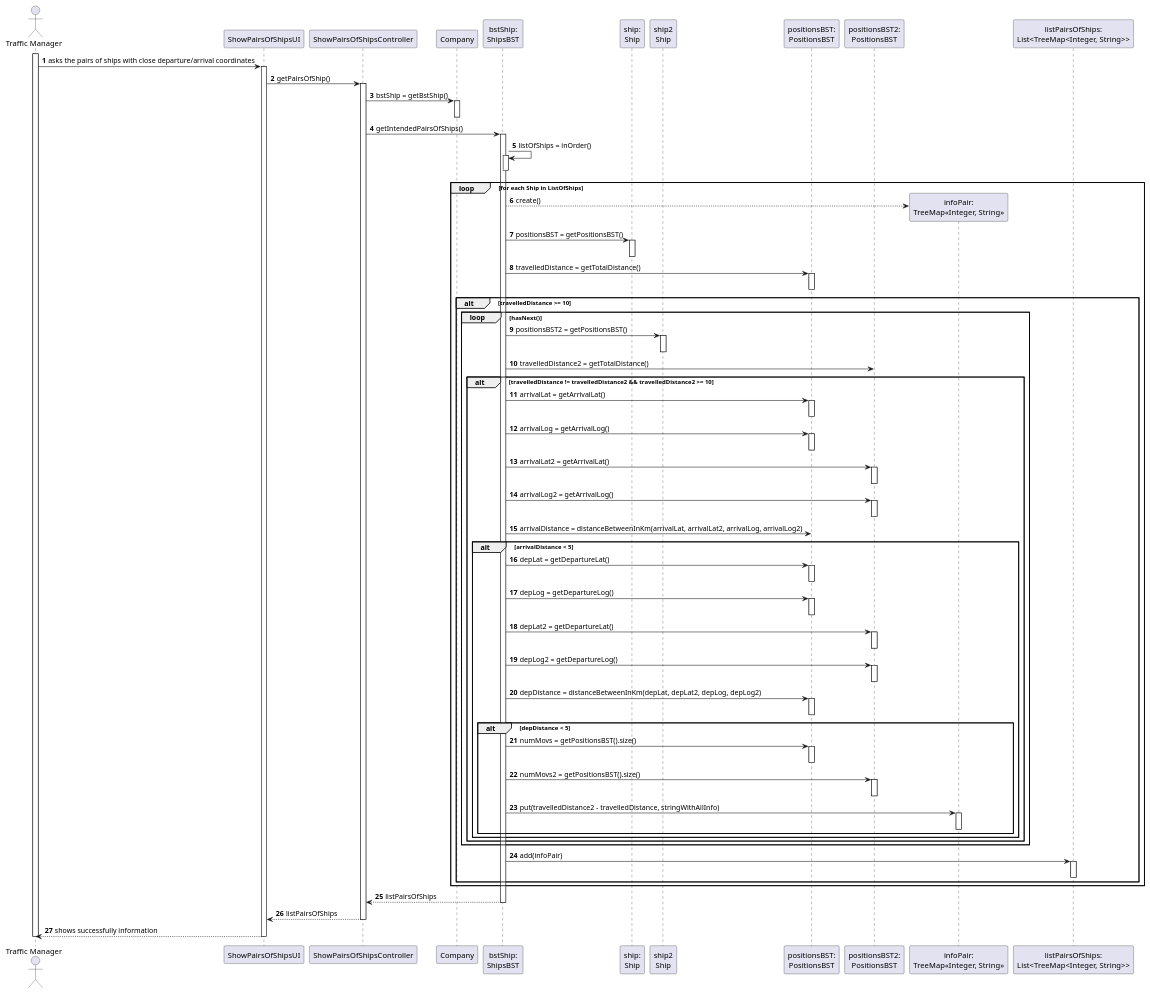
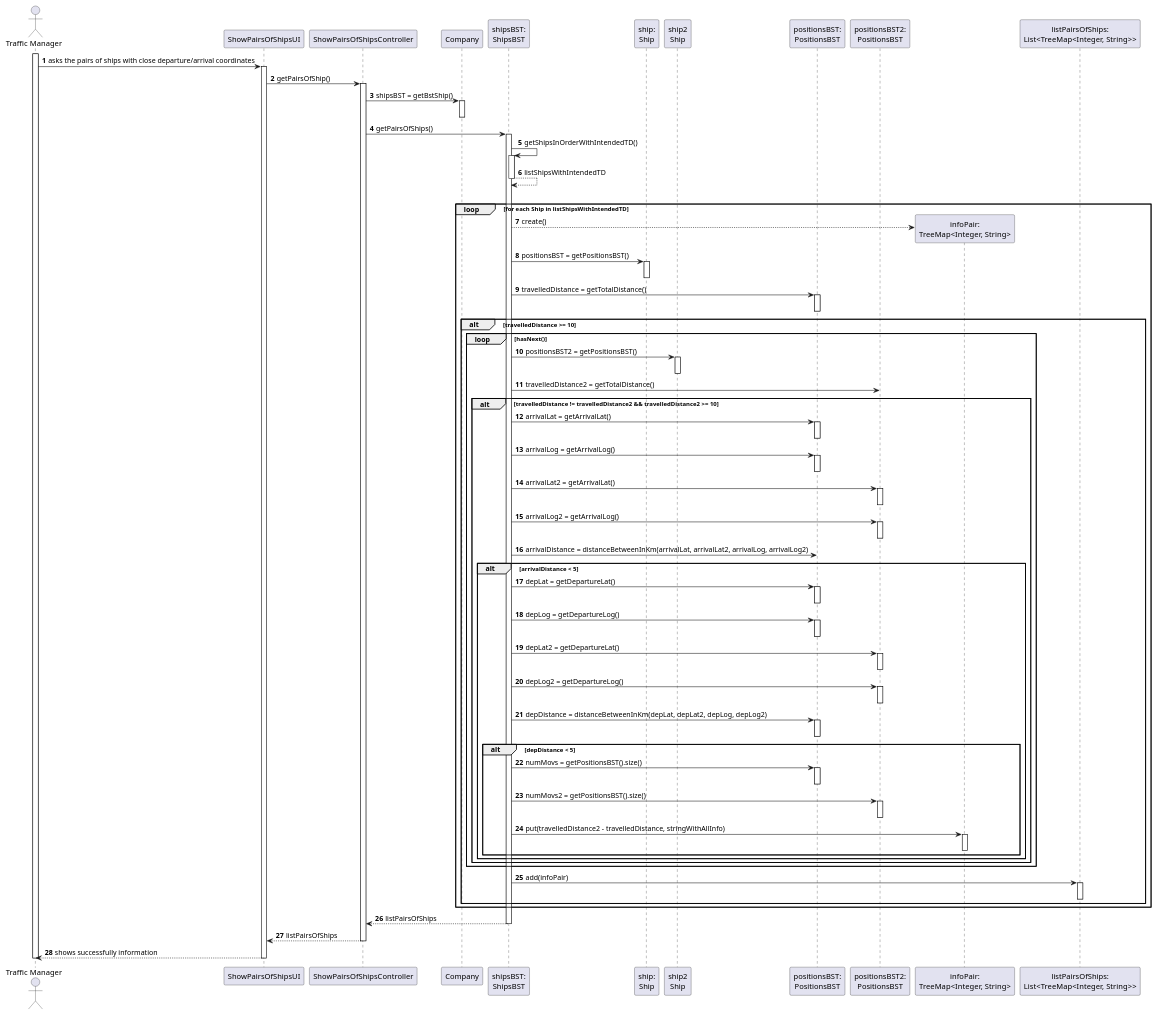
Before and after one commit to ana-albergaria/LAPR3-ISEP: the diagram in docs/US107/US107_SD.puml, drawn with PlantUML. The commit also changed 3 other files, not shown here.

```diff
--- a/docs/US107/US107_SD.puml
+++ b/docs/US107/US107_SD.puml
@@ -1,116 +1,119 @@
 @startuml
 
 
 autonumber
 actor "Traffic Manager" as TM
 
 participant "ShowPairsOfShipsUI" as UI
 participant "ShowPairsOfShipsController" as CTRL
 participant "Company" as COMP
-participant "bstShip:\nShipsBST" as BstShip
+participant "shipsBST:\nShipsBST" as BstShip
 participant "ship:\nShip" as S
 participant "ship2\nShip" as S2
 /'participant "ShipPosition" as SP'/
 participant "positionsBST:\nPositionsBST" as BstPosition
 participant "positionsBST2:\nPositionsBST" as BstPosition2
-participant "infoPair:\nTreeMap<<Integer, String>>" as TREEMAP
+participant "infoPair:\nTreeMap<Integer, String>" as TREEMAP
 participant "listPairsOfShips:\nList<TreeMap<Integer, String>>" as LIST
 
 
 activate TM
 TM -> "UI" : asks the pairs of ships with close departure/arrival coordinates
 activate "UI"
 UI -> CTRL : getPairsOfShip()
 activate CTRL
-CTRL -> COMP : bstShip = getBstShip()
+CTRL -> COMP : shipsBST = getBstShip()
 activate COMP
 deactivate COMP
-CTRL -> BstShip : getIntendedPairsOfShips()
+CTRL -> BstShip : getPairsOfShips()
 /'decide what kind of list'/
 activate BstShip
-BstShip -> BstShip : listOfShips = inOrder()
+/'BstShip -> BstShip : listOfShips = inOrder() '/
+BstShip -> BstShip : getShipsInOrderWithIntendedTD()
 activate BstShip
+BstShip --> BstShip : listShipsWithIntendedTD
 deactivate BstShip
-loop for each Ship in ListOfShips
+|||
+loop for each Ship in listShipsWithIntendedTD
 BstShip --> TREEMAP** : create()
 BstShip -> S : positionsBST = getPositionsBST()
 activate S
 deactivate S
 BstShip -> BstPosition : travelledDistance = getTotalDistance()
 activate BstPosition
 deactivate BstPosition
 /'alteração alt em baixo: travelledDistance2 >= 10 em vez de > 10'/
 alt travelledDistance >= 10
 loop hasNext()
 BstShip -> S2 : positionsBST2 = getPositionsBST()
 activate S2
 deactivate S2
 BstShip -> BstPosition2 : travelledDistance2 = getTotalDistance()
 /'alteração alt em baixo: && travelledDistance2 >= 10'/
 alt travelledDistance != travelledDistance2 && travelledDistance2 >= 10
 BstShip -> BstPosition : arrivalLat = getArrivalLat()
 activate BstPosition
 deactivate BstPosition
 BstShip -> BstPosition : arrivalLog = getArrivalLog()
 activate BstPosition
 deactivate BstPosition
 BstShip -> BstPosition2 : arrivalLat2 = getArrivalLat()
 activate BstPosition2
 deactivate BstPosition2
 BstShip -> BstPosition2 : arrivalLog2 = getArrivalLog()
 activate BstPosition2
 deactivate BstPosition2
 BstShip -> BstPosition : arrivalDistance = distanceBetweenInKm(arrivalLat, arrivalLat2, arrivalLog, arrivalLog2)
 alt arrivalDistance < 5
 BstShip -> BstPosition : depLat = getDepartureLat()
 activate BstPosition
 deactivate BstPosition
 BstShip -> BstPosition : depLog = getDepartureLog()
 activate BstPosition
 deactivate BstPosition
 BstShip -> BstPosition2 : depLat2 = getDepartureLat()
 activate BstPosition2
 deactivate BstPosition2
 BstShip -> BstPosition2 : depLog2 = getDepartureLog()
 activate BstPosition2
 deactivate BstPosition2
 BstShip -> BstPosition : depDistance = distanceBetweenInKm(depLat, depLat2, depLog, depLog2)
 activate BstPosition
 deactivate BstPosition
 alt depDistance < 5
 
 BstShip -> BstPosition : numMovs = getPositionsBST().size()
 activate BstPosition
 deactivate BstPosition
 BstShip -> BstPosition2 : numMovs2 = getPositionsBST().size()
 activate BstPosition2
 deactivate BstPosition2
 
 BstShip -> TREEMAP : put(travelledDistance2 - travelledDistance, stringWithAllInfo)
 activate TREEMAP
 deactivate TREEMAP
 end
 end
 end
 end
 BstShip -> LIST : add(infoPair)
 activate LIST
 deactivate LIST
 end
 end
 
 BstShip --> CTRL : listPairsOfShips
 deactivate BstShip
 CTRL --> UI : listPairsOfShips
 deactivate CTRL
 "UI" --> TM : shows successfully information
 
 deactivate "UI"
 
 
 
 
 
 deactivate TM
 
 @enduml
```
